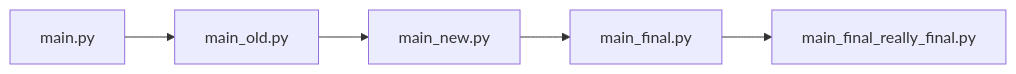
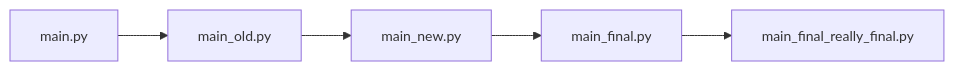
The first of 16 diagrams in Contents/S02-20261030-Git/Slides.md (Ackii-Lo/2627-weekly-session), drawn with Mermaid before and after one commit. The commit also changed other lines of this file and 20 other files, not shown here.

````diff
--- a/Contents/S02-20261030-Git/Slides.md
+++ b/Contents/S02-20261030-Git/Slides.md
@@ -176,4 +176,5 @@
 ```mermaid
+%%{init: {"themeVariables": {"fontSize": "14px"}}}%%
 graph LR
   A["main.py"] --> B["main_old.py"] --> C["main_new.py"] --> D["main_final.py"] --> E["main_final_really_final.py"]
 ```
````
